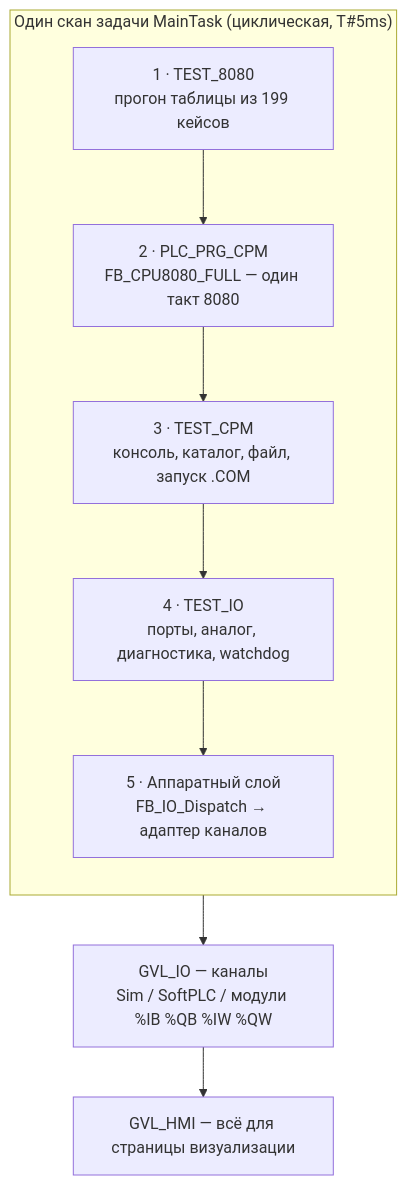
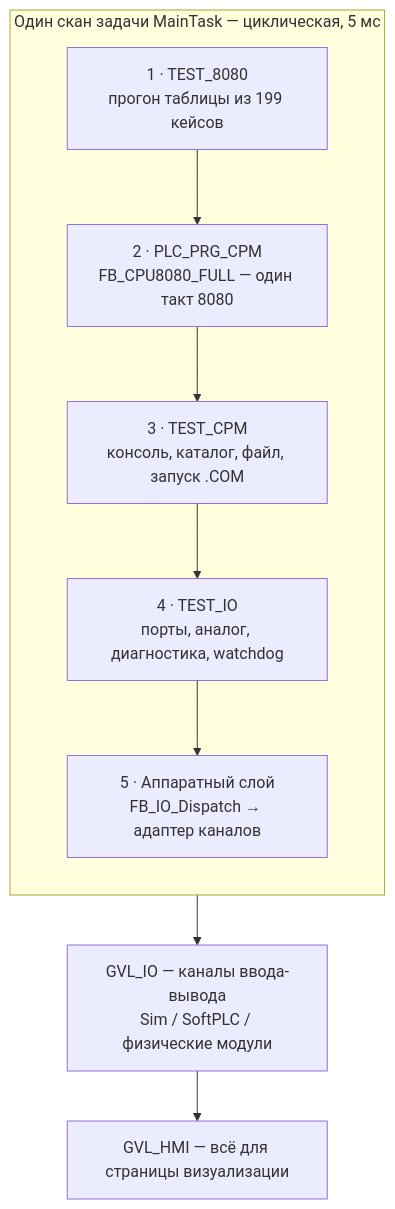
Before and after one commit to V1iktorK/8080_CODESYS_3.5: the first of 2 diagrams in README.md, drawn with Mermaid. The commit also changed other lines of this file, not shown here.

Commit message:
README: исправить опечатку в бейдже и убрать символы, ломающие отрисовку Mermaid

````diff
--- a/README.md
+++ b/README.md
@@ -104,14 +104,14 @@
 ```mermaid
 flowchart TB
-    subgraph SCAN["Один скан задачи MainTask (циклическая, T#5ms)"]
+    subgraph SCAN["Один скан задачи MainTask — циклическая, 5 мс"]
         direction TB
         A["1 · TEST_8080<br/>прогон таблицы из 199 кейсов"]
         B["2 · PLC_PRG_CPM<br/>FB_CPU8080_FULL — один такт 8080"]
         C["3 · TEST_CPM<br/>консоль, каталог, файл, запуск .COM"]
         D["4 · TEST_IO<br/>порты, аналог, диагностика, watchdog"]
         E["5 · Аппаратный слой<br/>FB_IO_Dispatch → адаптер каналов"]
         A --> B --> C --> D --> E
     end
-    E --> F["GVL_IO — каналы<br/>Sim / SoftPLC / модули %IB %QB %IW %QW"]
+    E --> F["GVL_IO — каналы ввода-вывода<br/>Sim / SoftPLC / физические модули"]
     F --> G["GVL_HMI — всё для страницы визуализации"]
 ```
````
